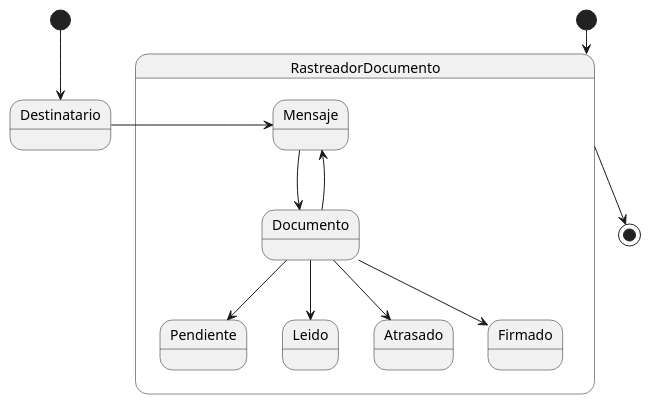
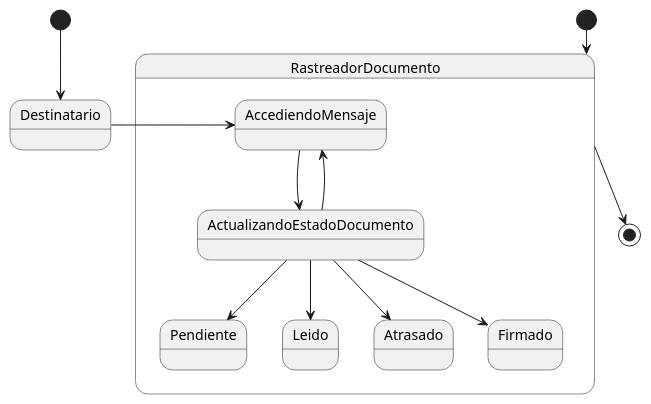
The diagram in docs/modeloDeDominio/diagramaDeEstados/TerceraIteracion/Rastreador documento/diagrama_de_estado_rastreador_documento.puml (mmasias/24-25-IdSw1-SDR), drawn with PlantUML before and after one commit. The commit also changed 2 other files, not shown here.

Commit message:
Cambios diagrama estados rastreador documento

```diff
--- a/docs/modeloDeDominio/diagramaDeEstados/TerceraIteracion/Rastreador documento/diagrama_de_estado_rastreador_documento.puml
+++ b/docs/modeloDeDominio/diagramaDeEstados/TerceraIteracion/Rastreador documento/diagrama_de_estado_rastreador_documento.puml
@@ -1,23 +1,23 @@
 @startuml
 
 [*] --> RastreadorDocumento
 
 state Destinatario
 state startDestinatario  <<start>>
 startDestinatario --> Destinatario
 
 state RastreadorDocumento {
   
-  Mensaje --> Documento
-  Documento --> Mensaje
+  AccediendoMensaje --> ActualizandoEstadoDocumento
+  ActualizandoEstadoDocumento --> AccediendoMensaje
   
-  Documento --> Pendiente
-  Documento --> Leido
-  Documento --> Atrasado
-  Documento --> Firmado
+  ActualizandoEstadoDocumento --> Pendiente
+  ActualizandoEstadoDocumento --> Leido
+  ActualizandoEstadoDocumento --> Atrasado
+  ActualizandoEstadoDocumento --> Firmado
 }
 
-Destinatario -r-> Mensaje
+Destinatario -r-> AccediendoMensaje
 
 RastreadorDocumento -d-> [*]
 @enduml
```
